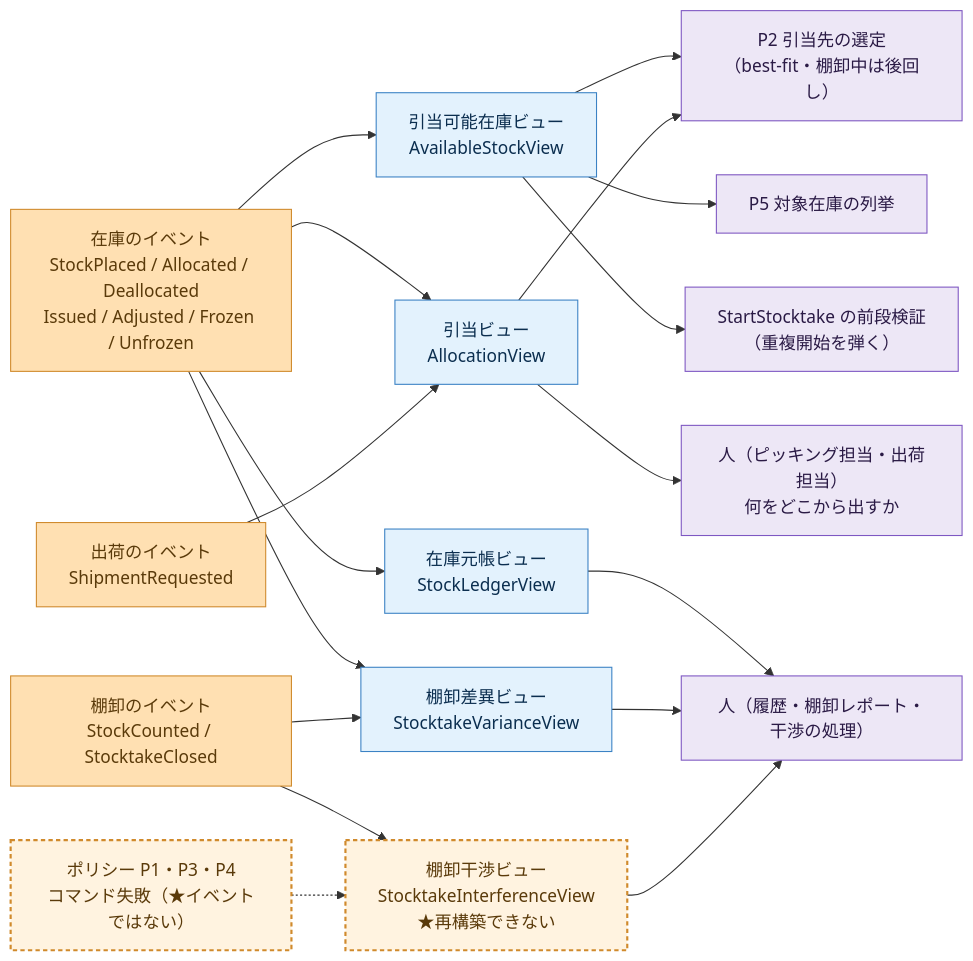
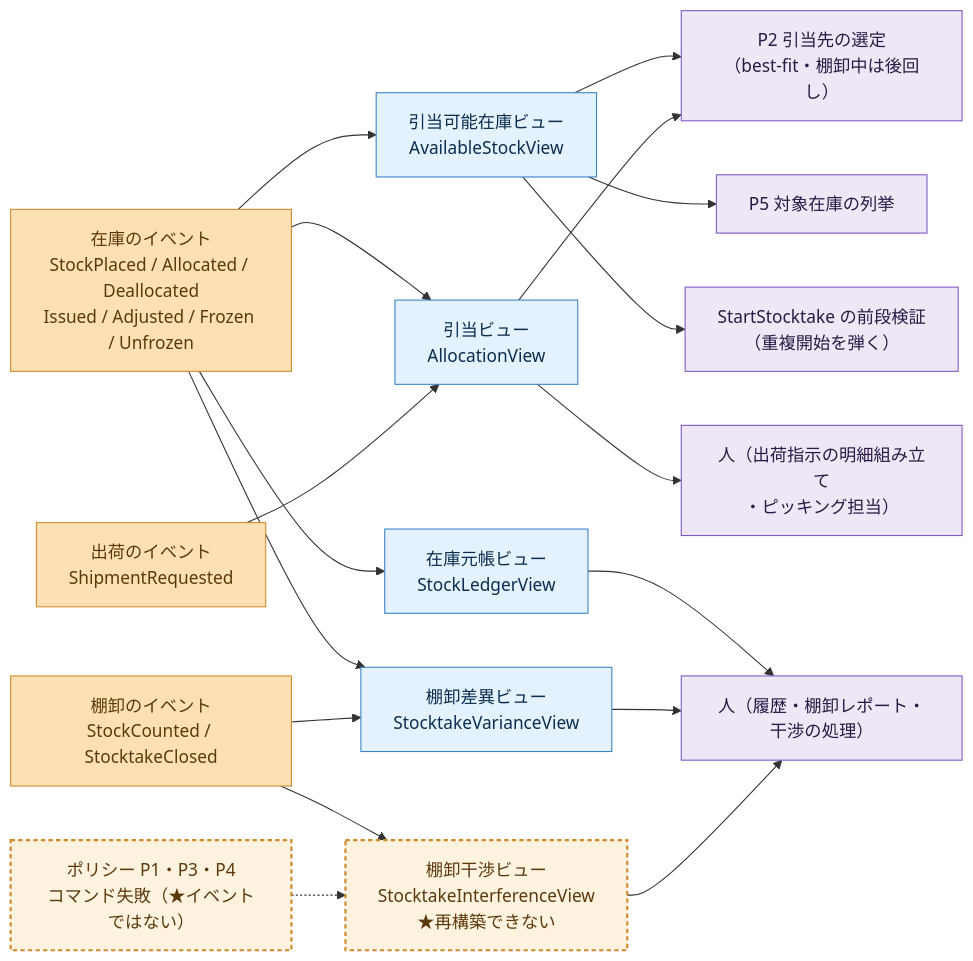
The fourth of 4 diagrams in docs/tactical-design.md (nenokido2000/event-sourcing-handson), drawn with Mermaid before and after one commit. The commit also changed other lines of this file and 1 other file, not shown here.

````diff
--- a/docs/tactical-design.md
+++ b/docs/tactical-design.md
@@ -1461,42 +1461,42 @@
 ```mermaid
 graph LR
     classDef ev fill:#ffe0b2,stroke:#d08a2c,color:#5a3a0a;
     classDef view fill:#e3f2fd,stroke:#3b82c4,color:#0b2e4f;
     classDef odd fill:#fff3e0,stroke:#d08a2c,color:#5a3a0a,stroke-width:2px,stroke-dasharray:4 3;
     classDef reader fill:#ede7f6,stroke:#7e57c2,color:#2a1a45;
 
     EINV["在庫のイベント<br/>StockPlaced / Allocated / Deallocated<br/>Issued / Adjusted / Frozen / Unfrozen"]:::ev
     ESHP["出荷のイベント<br/>ShipmentRequested"]:::ev
     ESTK["棚卸のイベント<br/>StockCounted / StocktakeClosed"]:::ev
     FAIL["ポリシー P1・P3・P4<br/>コマンド失敗（★イベントではない）"]:::odd
 
     V1["引当可能在庫ビュー<br/>AvailableStockView"]:::view
     V2["引当ビュー<br/>AllocationView"]:::view
     V3["在庫元帳ビュー<br/>StockLedgerView"]:::view
     V4["棚卸差異ビュー<br/>StocktakeVarianceView"]:::view
     V5["棚卸干渉ビュー<br/>StocktakeInterferenceView<br/>★再構築できない"]:::odd
 
     R1["P2 引当先の選定<br/>（best-fit・棚卸中は後回し）"]:::reader
     R2["P5 対象在庫の列挙"]:::reader
     R3["StartStocktake の前段検証<br/>（重複開始を弾く）"]:::reader
     R4["人（履歴・棚卸レポート・干渉の処理）"]:::reader
-    R5["人（ピッキング担当・出荷担当）<br/>何をどこから出すか"]:::reader
+    R5["人（出荷指示の明細組み立て<br/>・ピッキング担当）"]:::reader
 
     EINV --> V1
     EINV --> V2
     EINV --> V3
     EINV --> V4
     ESHP --> V2
     ESTK --> V4
     ESTK --> V5
     FAIL -.-> V5
 
     V1 --> R1
     V1 --> R2
     V1 --> R3
     V2 --> R1
     V2 --> R5
     V3 --> R4
     V4 --> R4
     V5 --> R4
 ```
````
